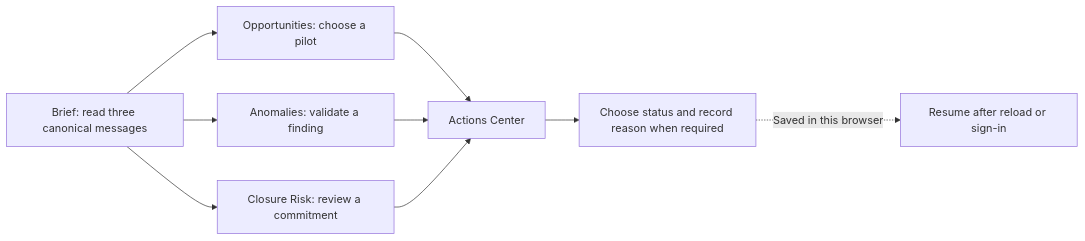
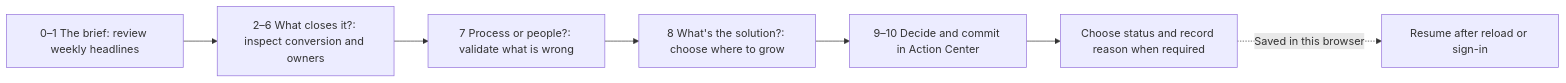
The fifth of 6 diagrams in Context/NTT_Command_Centre_Business_and_User_Flow.md (rp0023/ntt-command-centre), drawn with Mermaid before and after one commit. The commit also changed other lines of this file and 10 other files, not shown here.

````diff
--- a/Context/NTT_Command_Centre_Business_and_User_Flow.md
+++ b/Context/NTT_Command_Centre_Business_and_User_Flow.md
@@ -193,11 +195,9 @@
 ```mermaid
 flowchart LR
-    A[Brief: read three canonical messages] --> B[Opportunities: choose a pilot]
-    A --> C[Anomalies: validate a finding]
-    A --> D[Closure Risk: review a commitment]
-    B --> E[Actions Center]
-    C --> E
-    D --> E
+    A[0–1 The brief: review weekly headlines] --> B[2–6 What closes it?: inspect conversion and owners]
+    B --> C[7 Process or people?: validate what is wrong]
+    C --> D[8 What's the solution?: choose where to grow]
+    D --> E[9–10 Decide and commit in Action Center]
     E --> F[Choose status and record reason when required]
     F -. Saved in this browser .-> G[Resume after reload or sign-in]
 ```
````
